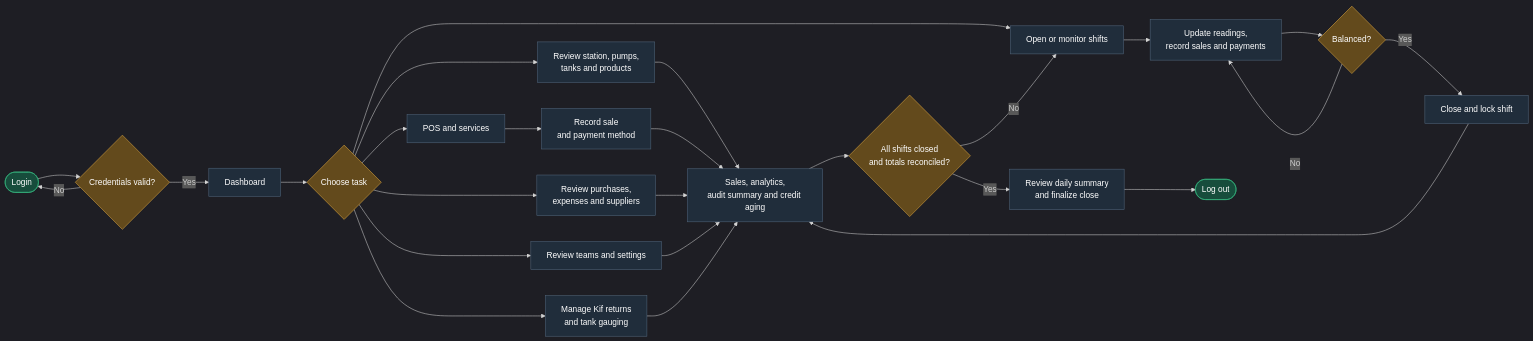
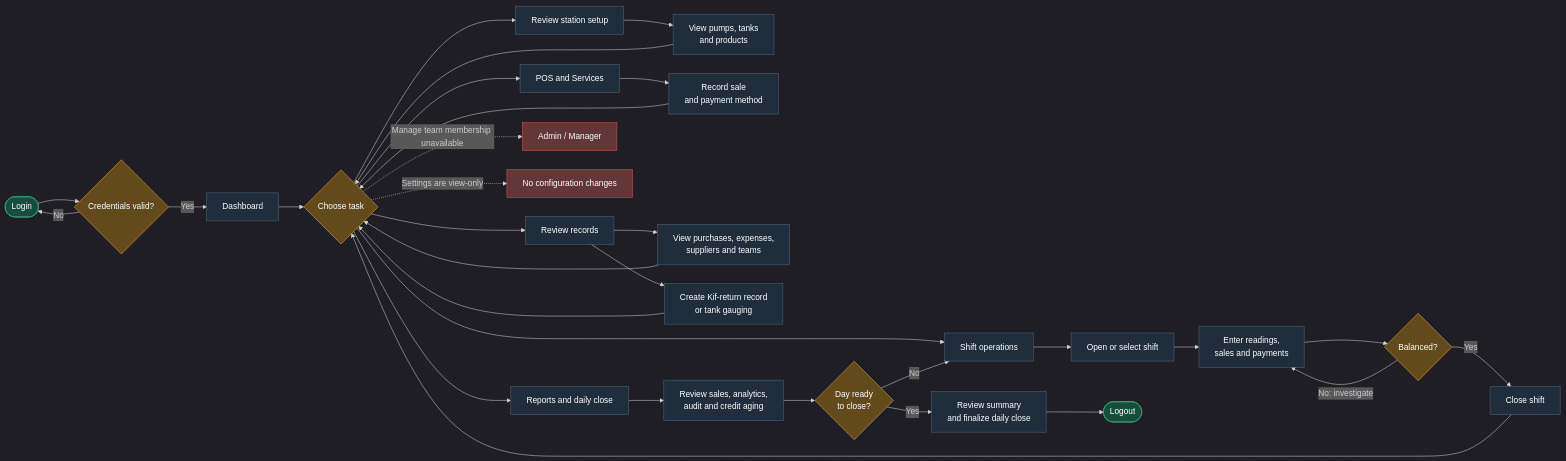
Before and after one commit to ibrahimjlidi/kiosk_tunisia: the third of 4 diagrams in docs/user-workflows.md, drawn with Mermaid. The commit also changed other lines of this file, not shown here.

````diff
--- a/docs/user-workflows.md
+++ b/docs/user-workflows.md
@@ -118,42 +164,50 @@
 ```mermaid
-%%{init: {"theme":"dark","flowchart":{"curve":"basis"}}}%%
+%%{init: {"theme":"dark","flowchart":{"curve":"basis","nodeSpacing":36,"rankSpacing":48}}}%%
 flowchart LR
     A([Login]) --> B{Credentials valid?}
     B -- No --> A
     B -- Yes --> C[Dashboard]
     C --> D{Choose task}
 
-    D --> E[Review station, pumps,<br/>tanks and products]
-    E --> O
-    D --> F[Open or monitor shifts]
-    F --> F1[Update readings,<br/>record sales and payments]
-    F1 --> F2{Balanced?}
-    F2 -- No --> F1
-    F2 -- Yes --> F3[Close and lock shift]
-    F3 --> O
+    D --> S[Review station setup]
+    S --> S1[View pumps, tanks<br/>and products]
+    S1 --> D
 
-    D --> G[POS and services]
-    G --> G1[Record sale<br/>and payment method]
-    G1 --> O
+    D --> O[Shift operations]
+    O --> O1[Open or select shift]
+    O1 --> O2[Enter readings,<br/>sales and payments]
+    O2 --> O3{Balanced?}
+    O3 -- No: investigate --> O2
+    O3 -- Yes --> O4[Close shift]
+    O4 --> D
 
-    D --> H[Review purchases,<br/>expenses and suppliers]
-    H --> O
-    D --> I[Review teams and settings]
-    I --> O
-    D --> J[Manage Kif returns<br/>and tank gauging]
-    J --> O
+    D --> V[POS and Services]
+    V --> V1[Record sale<br/>and payment method]
+    V1 --> D
 
-    O[Sales, analytics,<br/>audit summary and credit aging]
-    O --> K{All shifts closed<br/>and totals reconciled?}
-    K -- No --> F
-    K -- Yes --> L[Review daily summary<br/>and finalize close]
-    L --> M([Log out])
+    D --> F[Review records]
+    F --> F1[View purchases, expenses,<br/>suppliers and teams]
+    F --> F2[Create Kif-return record<br/>or tank gauging]
+    F1 --> D
+    F2 --> D
+
+    D --> R[Reports and daily close]
+    R --> R1[Review sales, analytics,<br/>audit and credit aging]
+    R1 --> R2{Day ready<br/>to close?}
+    R2 -- No --> O
+    R2 -- Yes --> R3[Review summary<br/>and finalize daily close]
+    R3 --> E([Logout])
+
+    D -. "Manage team membership unavailable" .-> X[Admin / Manager]
+    D -. "Settings are view-only" .-> Y[No configuration changes]
 
     classDef start fill:#174d3c,stroke:#39b982,color:#fff
     classDef action fill:#202d3b,stroke:#52677d,color:#fff
     classDef decision fill:#634a1c,stroke:#e5ad43,color:#fff
+    classDef blocked fill:#633737,stroke:#c65a5a,color:#fff
     classDef finish fill:#174d3c,stroke:#39b982,color:#fff
-    class A,M start
-    class B,D,F2,K decision
-    class C,E,F,F1,F3,G,G1,H,I,J,O,L action
+    class A,E start
+    class B,D,O3,R2 decision
+    class C,S,S1,O,O1,O2,O4,V,V1,F,F1,F2,R,R1,R3 action
+    class X,Y blocked
 ```
````
